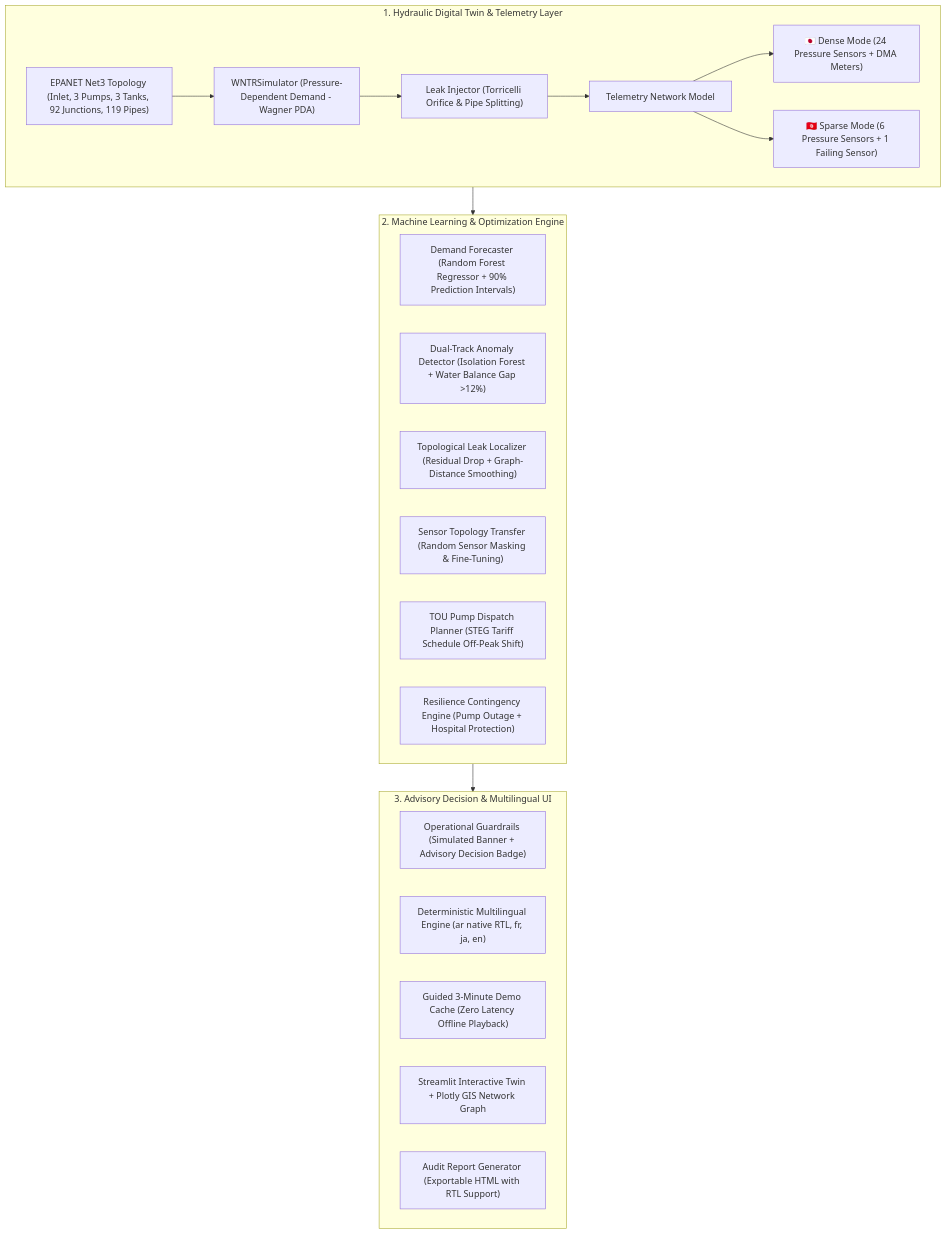
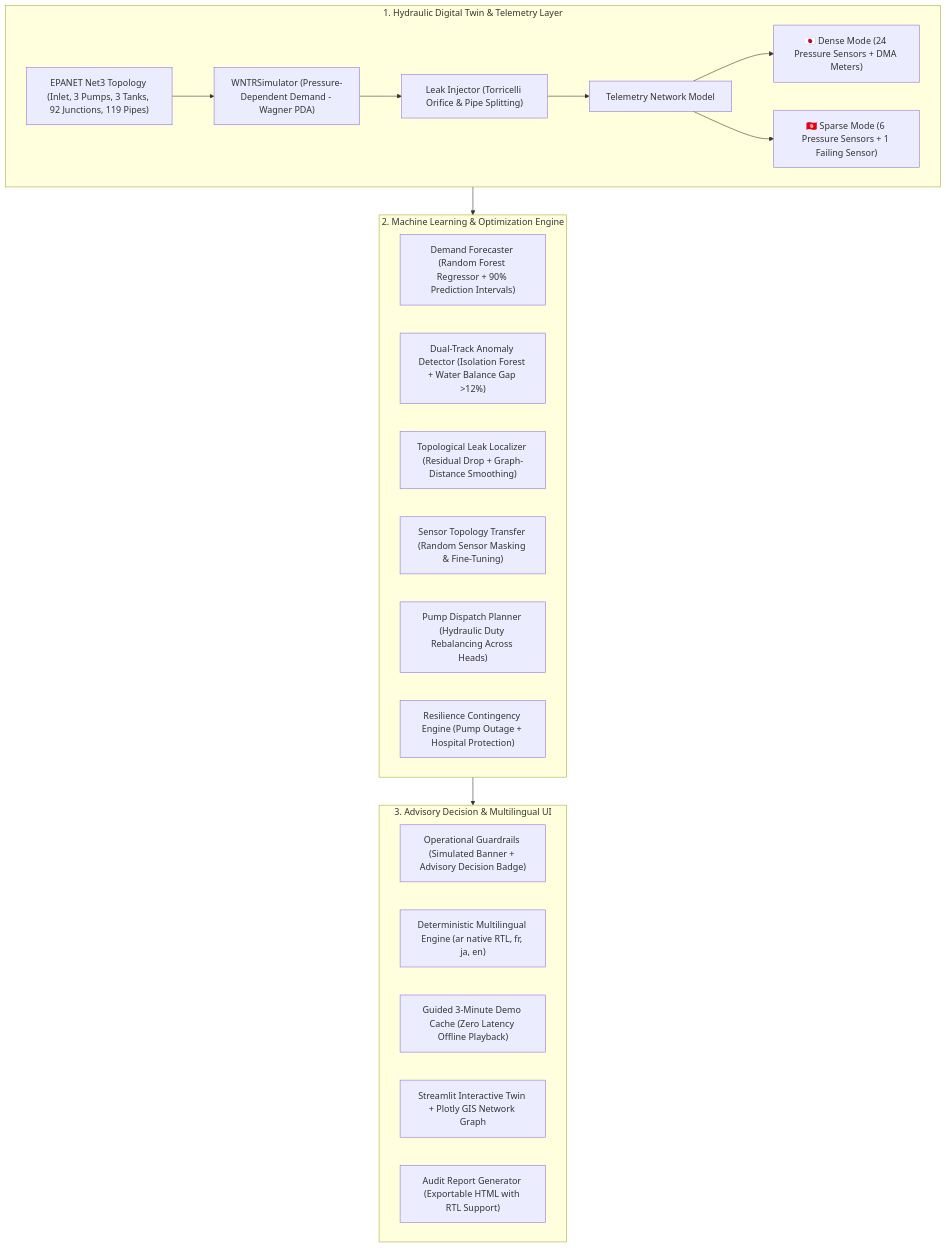
The first of 2 diagrams in docs/ARCHITECTURE.md (aminesalhi2/HydroTwin), drawn with Mermaid before and after one commit. The commit also changed other lines of this file and 10 other files, not shown here.

````diff
--- a/docs/ARCHITECTURE.md
+++ b/docs/ARCHITECTURE.md
@@ -11,30 +11,30 @@
 ```mermaid
 flowchart TD
     subgraph DataSimulation ["1. Hydraulic Digital Twin & Telemetry Layer"]
         INP["EPANET Net3 Topology (Inlet, 3 Pumps, 3 Tanks, 92 Junctions, 119 Pipes)"] --> PDD["WNTRSimulator (Pressure-Dependent Demand - Wagner PDA)"]
         PDD --> INJECT["Leak Injector (Torricelli Orifice & Pipe Splitting)"]
         INJECT --> SENSORS["Telemetry Network Model"]
         SENSORS --> DENSE["🇯🇵 Dense Mode (24 Pressure Sensors + DMA Meters)"]
         SENSORS --> SPARSE["🇹🇳 Sparse Mode (6 Pressure Sensors + 1 Failing Sensor)"]
     end
 
     subgraph IntelligenceLayer ["2. Machine Learning & Optimization Engine"]
         DEMAND["Demand Forecaster (Random Forest Regressor + 90% Prediction Intervals)"]
         ANOMALY["Dual-Track Anomaly Detector (Isolation Forest + Water Balance Gap >12%)"]
         LOCALIZER["Topological Leak Localizer (Residual Drop + Graph-Distance Smoothing)"]
         TRANSFER["Sensor Topology Transfer (Random Sensor Masking & Fine-Tuning)"]
-        OPTIMIZER["TOU Pump Dispatch Planner (STEG Tariff Schedule Off-Peak Shift)"]
+        OPTIMIZER["Pump Dispatch Planner (Hydraulic Duty Rebalancing Across Heads)"]
         RESILIENCE["Resilience Contingency Engine (Pump Outage + Hospital Protection)"]
     end
 
     subgraph PresentationLayer ["3. Advisory Decision & Multilingual UI"]
         GUARD["Operational Guardrails (Simulated Banner + Advisory Decision Badge)"]
         ASSISTANT["Deterministic Multilingual Engine (ar native RTL, fr, ja, en)"]
         DEMO["Guided 3-Minute Demo Cache (Zero Latency Offline Playback)"]
         DASH["Streamlit Interactive Twin + Plotly GIS Network Graph"]
         REPORT["Audit Report Generator (Exportable HTML with RTL Support)"]
     end
 
     DataSimulation --> IntelligenceLayer
     IntelligenceLayer --> PresentationLayer
 ```
````
